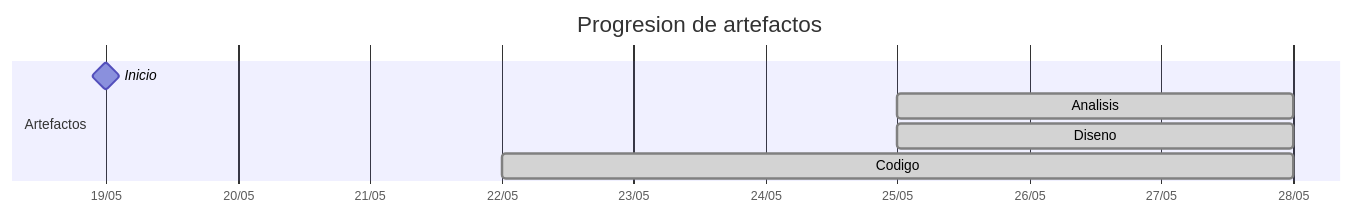
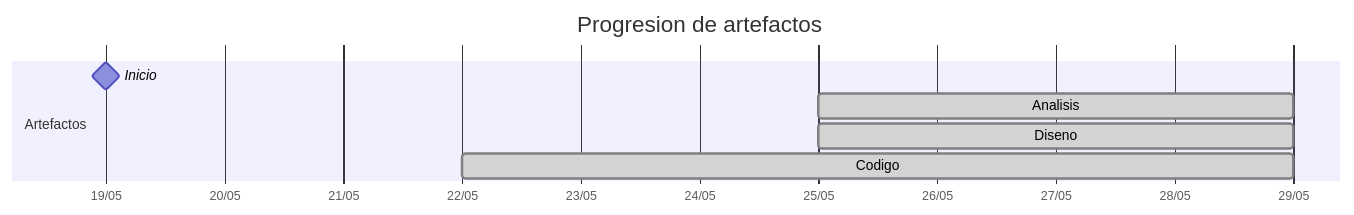
Before and after one commit to carlos-alvarado-25/25-26-idsw2-sdVC: the diagram in TIMELINES/jerdier.md, drawn with Mermaid. The commit also changed other lines of this file and 25 other files, not shown here.

````diff
--- a/TIMELINES/jerdier.md
+++ b/TIMELINES/jerdier.md
@@ -16,11 +20,11 @@
 ```mermaid
 gantt
     title Progresion de artefactos
     dateFormat YYYY-MM-DD
     axisFormat %d/%m
     section Artefactos
         Inicio       :milestone, 2026-05-19, 0d
-        Analisis     :done, 2026-05-25, 2026-05-28
-        Diseno       :done, 2026-05-25, 2026-05-28
-        Codigo       :done, 2026-05-22, 2026-05-28
+        Analisis     :done, 2026-05-25, 2026-05-29
+        Diseno       :done, 2026-05-25, 2026-05-29
+        Codigo       :done, 2026-05-22, 2026-05-29
 ```
````
